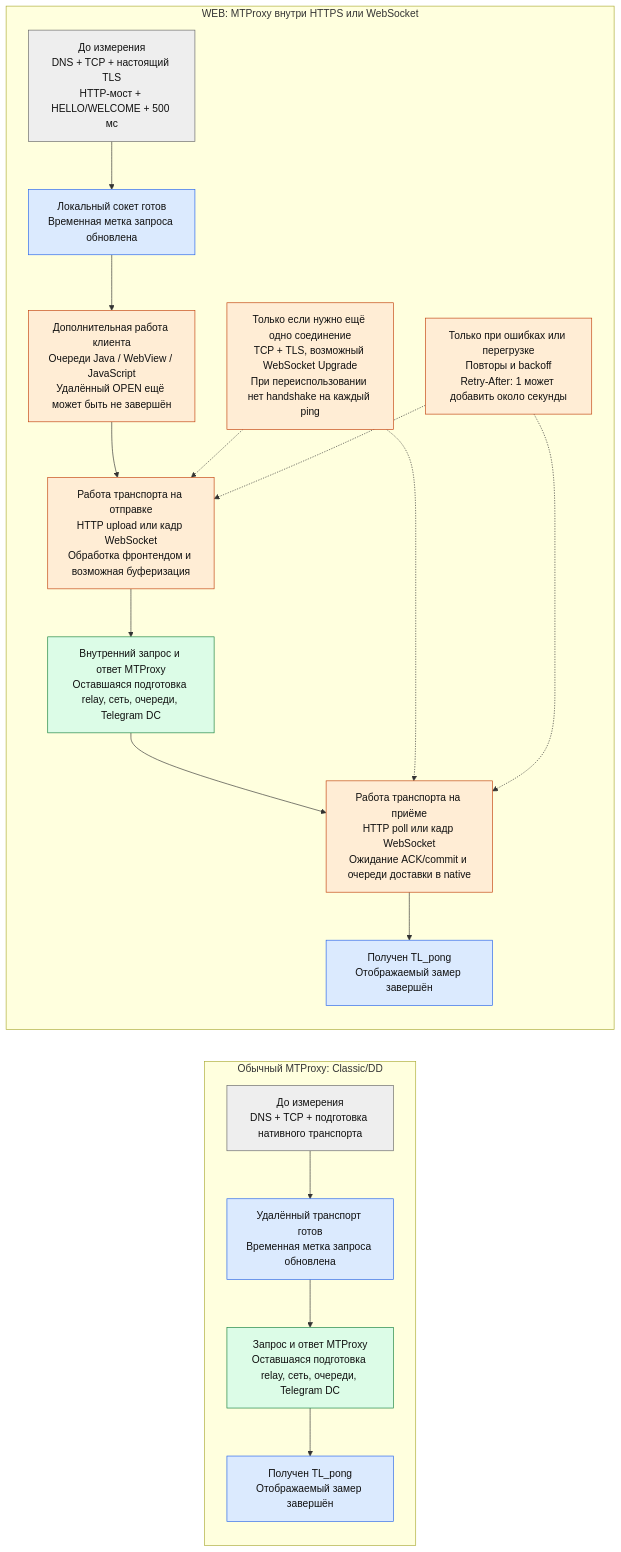
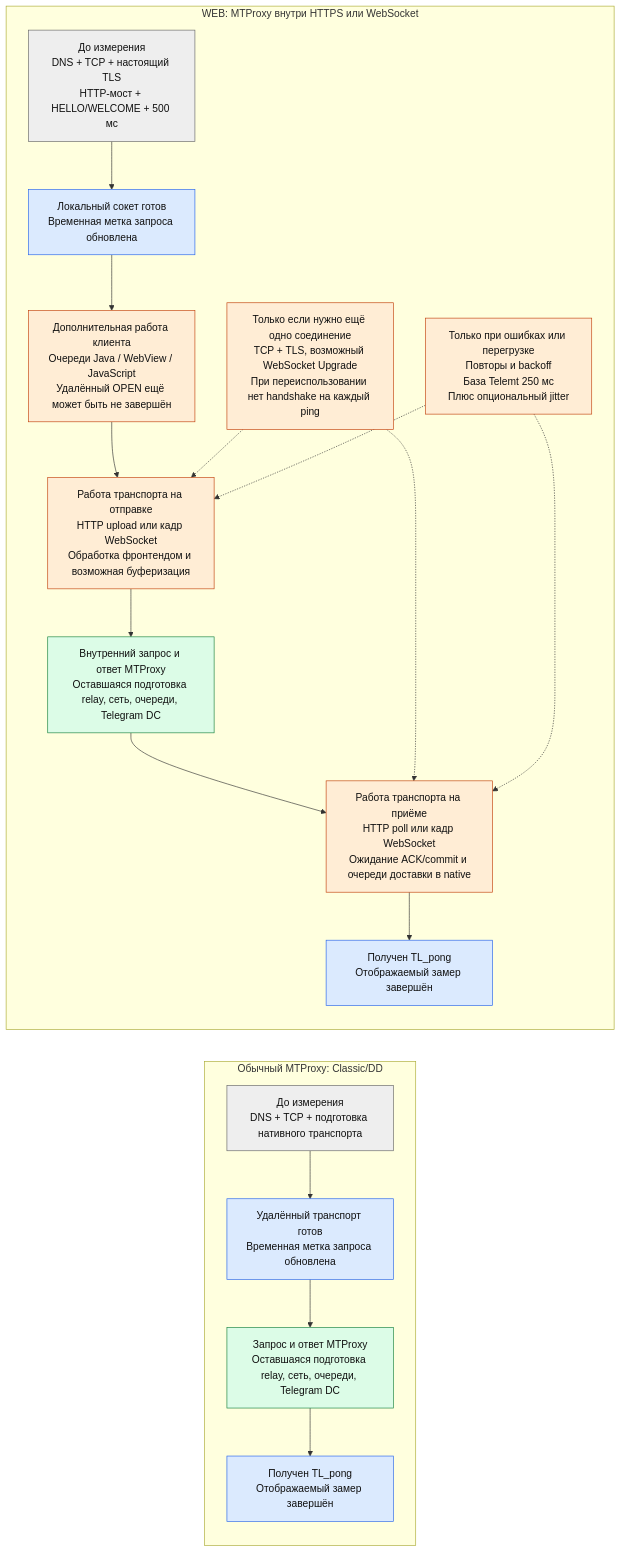
Before and after one commit to telemt/telemt: the third of 4 diagrams in docs/WEB/PROXY_PING.ru.md, drawn with Mermaid. The commit also changed other lines of this file and 9 other files, not shown here.

Commit message:
Retry Jitter in Docs

````diff
--- a/docs/WEB/PROXY_PING.ru.md
+++ b/docs/WEB/PROXY_PING.ru.md
@@ -82,27 +82,27 @@
 ```mermaid
 flowchart LR
     subgraph N["Обычный MTProxy: Classic/DD"]
         direction TB
         N0["До измерения<br/>DNS + TCP + подготовка нативного транспорта"] --> N1["Удалённый транспорт готов<br/>Временная метка запроса обновлена"]
         N1 --> N2["Запрос и ответ MTProxy<br/>Оставшаяся подготовка relay, сеть, очереди, Telegram DC"] --> N3["Получен TL_pong<br/>Отображаемый замер завершён"]
     end
     subgraph W["WEB: MTProxy внутри HTTPS или WebSocket"]
         direction TB
         W0["До измерения<br/>DNS + TCP + настоящий TLS<br/>HTTP-мост + HELLO/WELCOME + 500 мс"] --> W1["Локальный сокет готов<br/>Временная метка запроса обновлена"]
         W1 --> W2["Дополнительная работа клиента<br/>Очереди Java / WebView / JavaScript<br/>Удалённый OPEN ещё может быть не завершён"] --> W3["Работа транспорта на отправке<br/>HTTP upload или кадр WebSocket<br/>Обработка фронтендом и возможная буферизация"]
         W3 --> W4["Внутренний запрос и ответ MTProxy<br/>Оставшаяся подготовка relay, сеть, очереди, Telegram DC"] --> W5["Работа транспорта на приёме<br/>HTTP poll или кадр WebSocket<br/>Ожидание ACK/commit и очереди доставки в native"]
         W5 --> W6["Получен TL_pong<br/>Отображаемый замер завершён"]
         X["Только если нужно ещё одно соединение<br/>TCP + TLS, возможный WebSocket Upgrade<br/>При переиспользовании нет handshake на каждый ping"] -.-> W3
         X -.-> W5
-        R["Только при ошибках или перегрузке<br/>Повторы и backoff<br/>Retry-After: 1 может добавить около секунды"] -.-> W3
+        R["Только при ошибках или перегрузке<br/>Повторы и backoff<br/>База Telemt 250 мс<br/>Плюс опциональный jitter"] -.-> W3
         R -.-> W5
     end
     classDef preparation fill:#eeeeee,stroke:#666666,color:#111111
     classDef boundary fill:#dbeafe,stroke:#2563eb,color:#111111
     classDef shared fill:#dcfce7,stroke:#15803d,color:#111111
     classDef extra fill:#ffedd5,stroke:#c2410c,color:#111111
     class N0,W0 preparation
     class N1,N3,W1,W6 boundary
     class N2,W4 shared
     class W2,W3,W5,X,R extra
 ```
````
